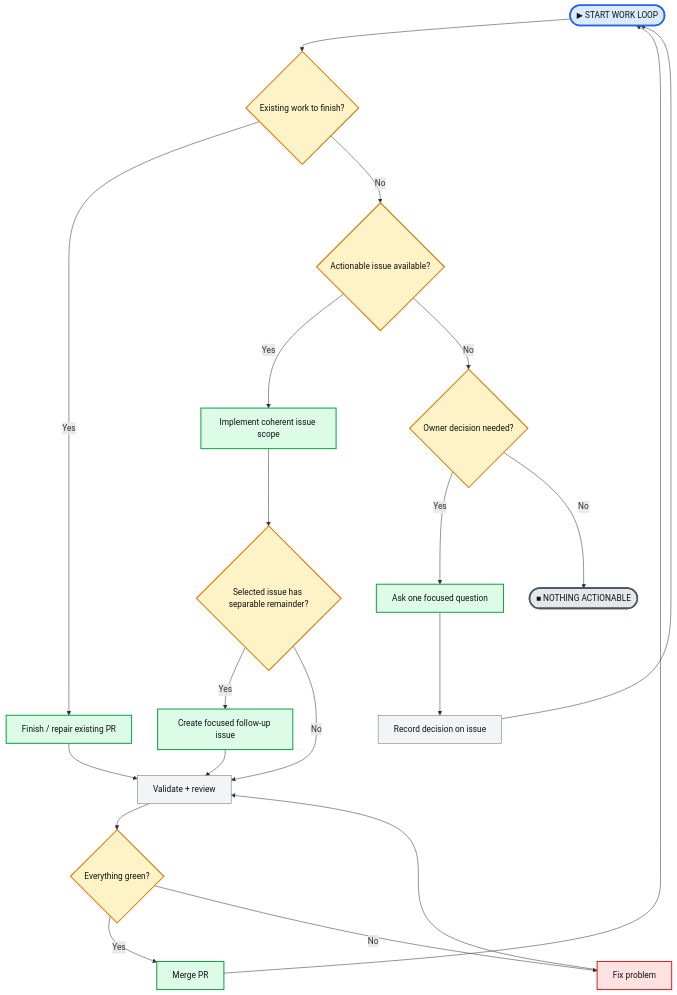
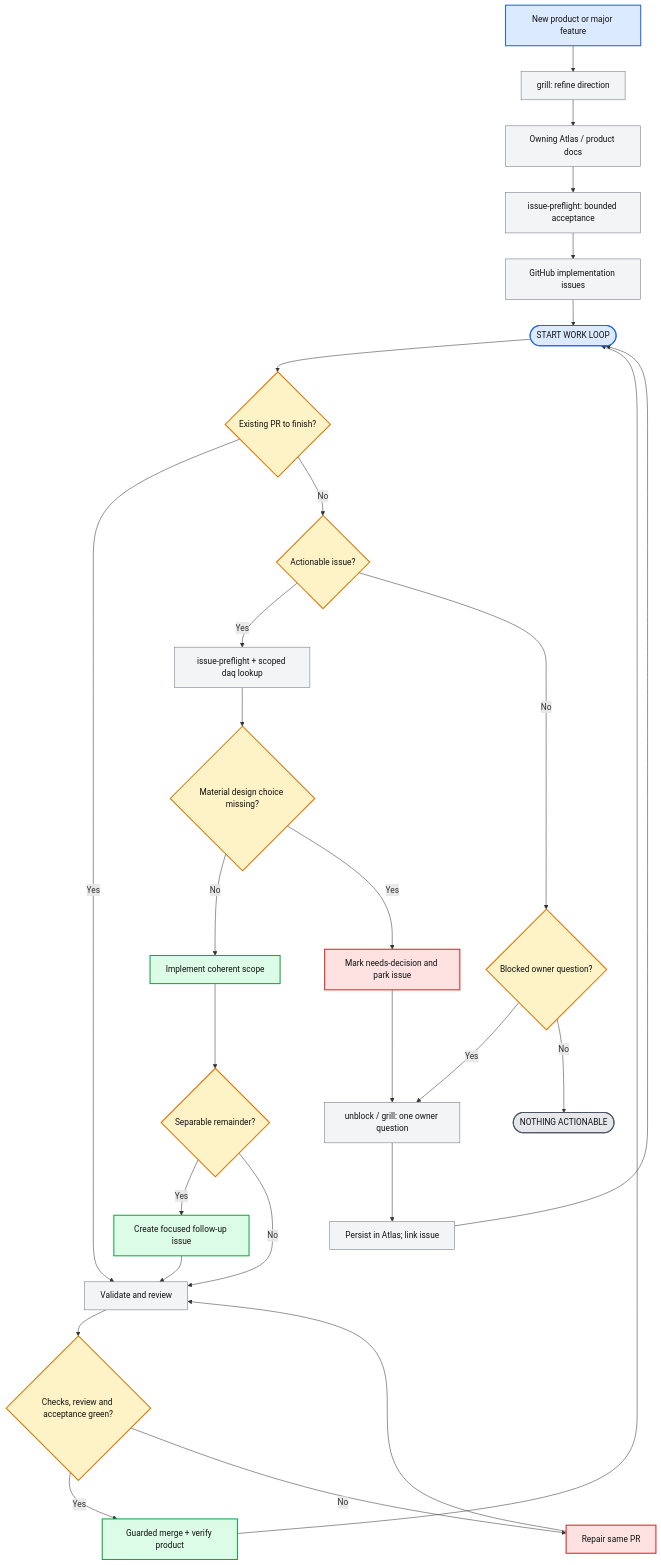
The diagram in README.md (moritzbrantner/dotfiles), drawn with Mermaid before and after one commit. The commit also changed other lines of this file, not shown here.

Commit message:
docs: show design-first pipeline and live Atlas handoffs

````diff
--- a/README.md
+++ b/README.md
@@ -56,42 +58,39 @@
 ```mermaid
 flowchart TD
-    START([▶ START WORK LOOP]):::start
+    IDEA[New product or major feature]:::start --> GRILL[grill: refine direction]:::action
+    GRILL --> ATLAS[Owning Atlas / product docs]:::action
+    ATLAS --> PREFLIGHT[issue-preflight: bounded acceptance]:::action
+    PREFLIGHT --> ISSUES[GitHub implementation issues]:::action
+    ISSUES --> START([START WORK LOOP]):::start
 
-    START --> EXISTING{Existing work to finish?}:::question
+    START --> EXISTING{Existing PR to finish?}:::question
+    EXISTING -->|Yes| VERIFY[Validate and review]:::action
+    EXISTING -->|No| ISSUE{Actionable issue?}:::question
+    ISSUE -->|Yes| INTENT[issue-preflight + scoped daq lookup]:::action
+    INTENT --> GAP{Material design choice missing?}:::question
+    GAP -->|No| IMPLEMENT[Implement coherent scope]:::yes
+    GAP -->|Yes| BLOCK[Mark needs-decision and park issue]:::no
+    BLOCK --> ASK[unblock / grill: one owner question]:::action
+    ISSUE -->|No| DECISION{Blocked owner question?}:::question
+    DECISION -->|Yes| ASK
+    DECISION -->|No| DONE([NOTHING ACTIONABLE]):::stop
+    ASK --> RECORD[Persist in Atlas; link issue]:::action
+    RECORD --> START
 
-    EXISTING -->|Yes| FINISH[Finish / repair existing PR]:::yes
-    EXISTING -->|No| ISSUE{Actionable issue available?}:::question
-
-    FINISH --> VERIFY[Validate + review]:::action
-
-    ISSUE -->|Yes| IMPLEMENT[Implement coherent issue scope]:::yes
-    ISSUE -->|No| DECISION{Owner decision needed?}:::question
-
-    IMPLEMENT --> EXTRA{Selected issue has separable remainder?}:::question
-
+    IMPLEMENT --> EXTRA{Separable remainder?}:::question
     EXTRA -->|Yes| FOLLOWUP[Create focused follow-up issue]:::yes
     EXTRA -->|No| VERIFY
-
     FOLLOWUP --> VERIFY
-
-    VERIFY --> PASS{Everything green?}:::question
-
-    PASS -->|Yes| MERGE[Merge PR]:::yes
-    PASS -->|No| FIX[Fix problem]:::no
-
+    VERIFY --> PASS{Checks, review and acceptance green?}:::question
+    PASS -->|Yes| MERGE[Guarded merge + verify product]:::yes
+    PASS -->|No| FIX[Repair same PR]:::no
     FIX --> VERIFY
     MERGE --> START
 
-    DECISION -->|Yes| ASK[Ask one focused question]:::yes
-    DECISION -->|No| DONE([■ NOTHING ACTIONABLE]):::stop
-
-    ASK --> RECORD[Record decision on issue]:::action
-    RECORD --> START
-
-    classDef start fill:#dbeafe,stroke:#2563eb,stroke-width:3px,color:#111;
-    classDef stop fill:#e5e7eb,stroke:#4b5563,stroke-width:3px,color:#111;
+    classDef start fill:#dbeafe,stroke:#2563eb,stroke-width:2px,color:#111;
+    classDef stop fill:#e5e7eb,stroke:#4b5563,stroke-width:2px,color:#111;
     classDef question fill:#fef3c7,stroke:#d97706,stroke-width:2px,color:#111;
     classDef yes fill:#dcfce7,stroke:#16a34a,stroke-width:2px,color:#111;
     classDef no fill:#fee2e2,stroke:#dc2626,stroke-width:2px,color:#111;
     classDef action fill:#f3f4f6,stroke:#6b7280,stroke-width:1px,color:#111;
 ```
````
